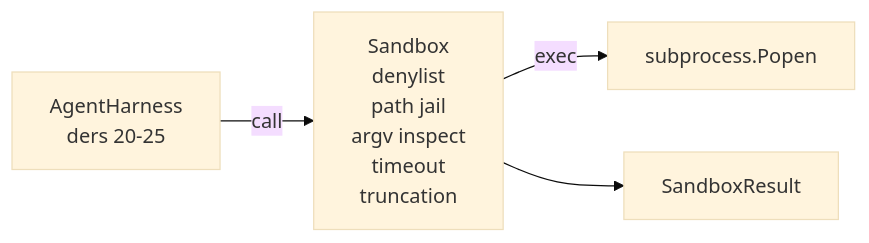
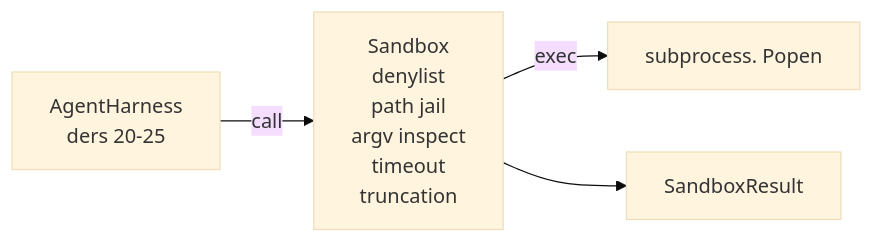
One commit to burakpehlivan-se/ai-engineering-from-scratch changed the second of 2 diagrams in phases/19-capstone-projects/26-sandbox-runner-denylist/docs/tr.md. Above: the diagram before and after it, drawn with Mermaid (base theme). The commit also changed other lines of this file and 476 other files, not shown here.

````diff
--- a/phases/19-capstone-projects/26-sandbox-runner-denylist/docs/tr.md
+++ b/phases/19-capstone-projects/26-sandbox-runner-denylist/docs/tr.md
@@ -54,6 +54,6 @@
 ```mermaid
 flowchart LR
-  Harness[AgentHarness<br/>ders 20-25] -->|call| Sandbox[Sandbox<br/>denylist<br/>path jail<br/>argv inspect<br/>timeout<br/>truncation]
-  Sandbox -->|exec| Popen[subprocess.Popen]
-  Sandbox --> Result[SandboxResult]
+ Harness[AgentHarness<br/>ders 20-25] -->|call| Sandbox[Sandbox<br/>denylist<br/>path jail<br/>argv inspect<br/>timeout<br/>truncation]
+ Sandbox -->|exec| Popen[subprocess. Popen]
+ Sandbox --> Result[SandboxResult]
 ```
````
